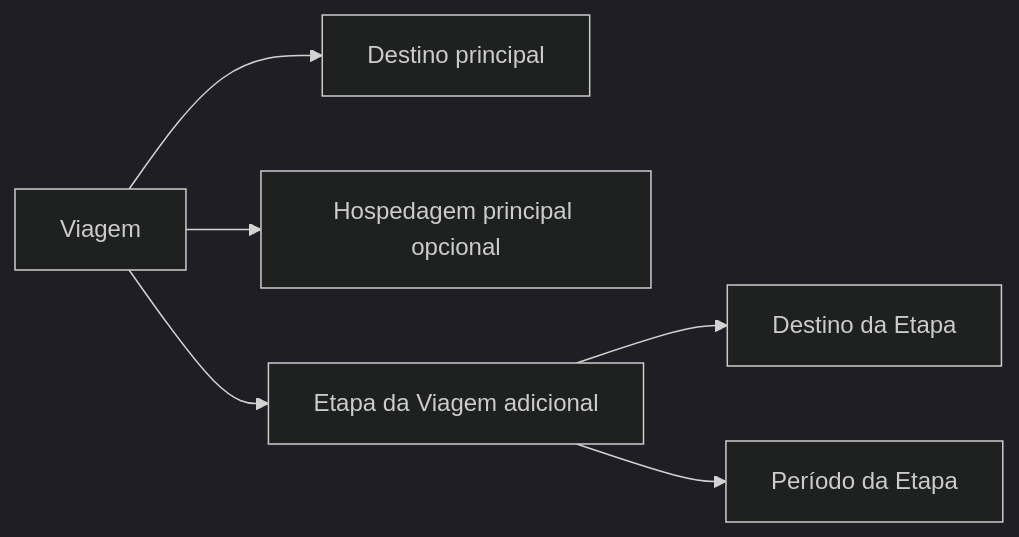
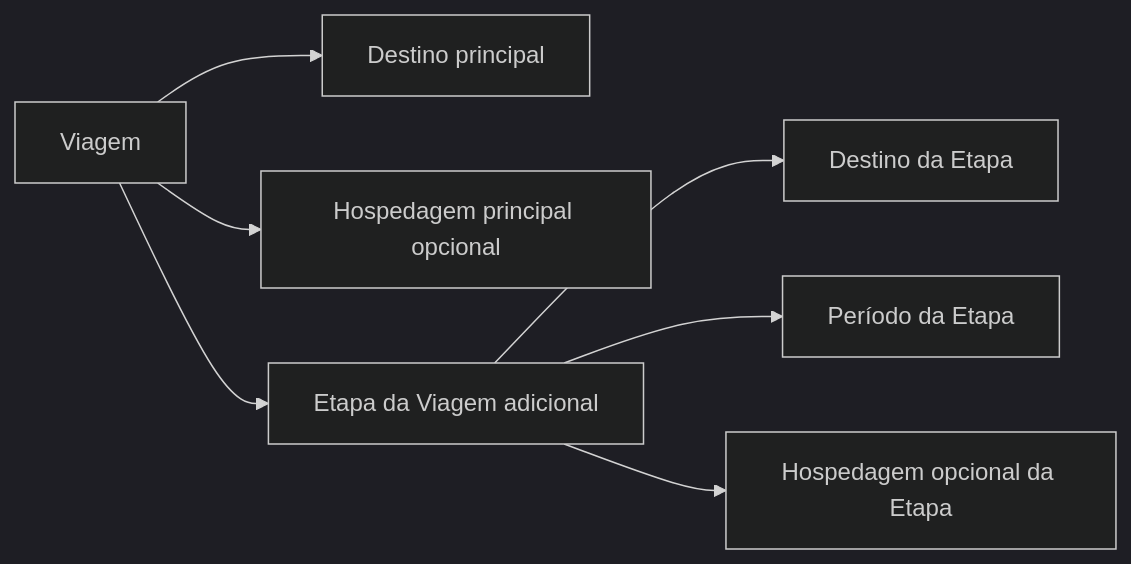
One commit to collapsy/Routebook changed diagram 17 of 17 in docs/domain/domain-model.md. Above: the diagram before and after it, drawn with Mermaid (dark theme). The commit also changed other lines of this file and 34 other files, not shown here.

````diff
--- a/docs/domain/domain-model.md
+++ b/docs/domain/domain-model.md
@@ -3045,15 +3045,17 @@
 ```mermaid
 flowchart LR
     Trip["Viagem"]
     PrimaryDestination["Destino principal"]
     PrimaryAccommodation["Hospedagem principal opcional"]
     Stage["Etapa da Viagem adicional"]
     StageDestination["Destino da Etapa"]
     StagePeriod["Período da Etapa"]
+    StageAccommodation["Hospedagem opcional da Etapa"]
 
     Trip --> PrimaryDestination
     Trip --> PrimaryAccommodation
     Trip --> Stage
     Stage --> StageDestination
     Stage --> StagePeriod
+    Stage --> StageAccommodation
 ```
````
